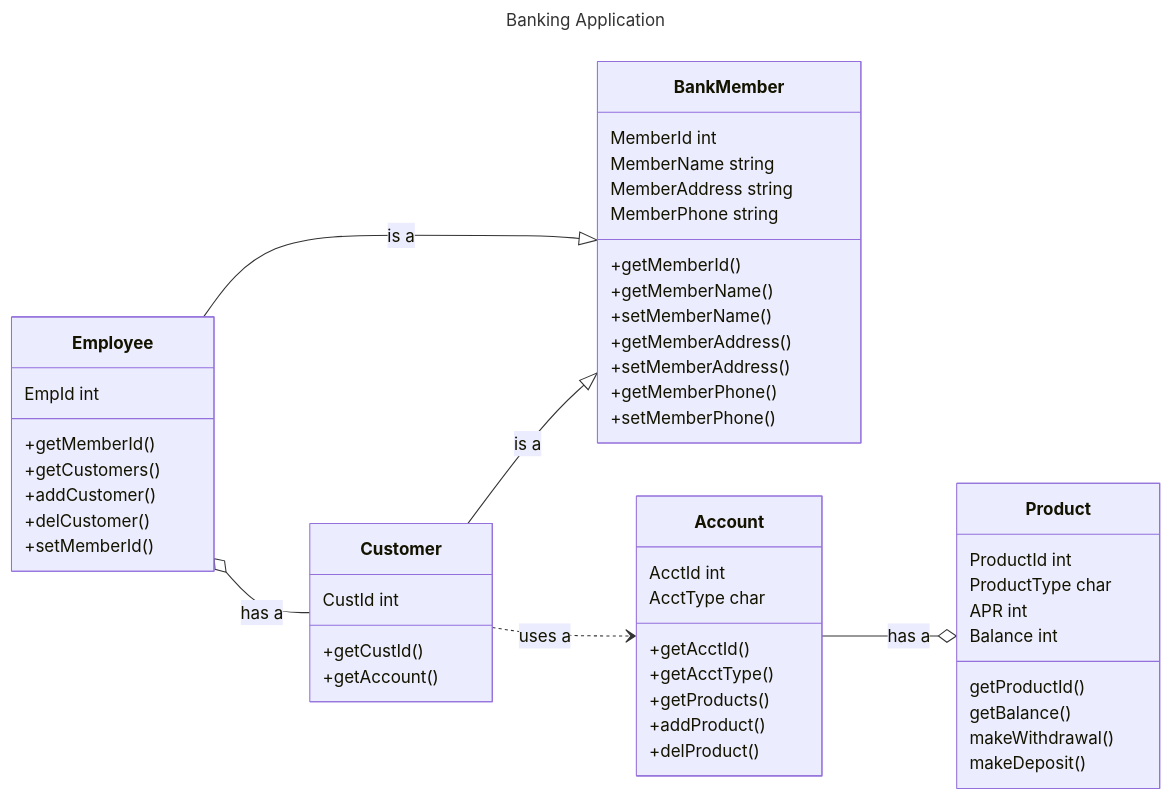
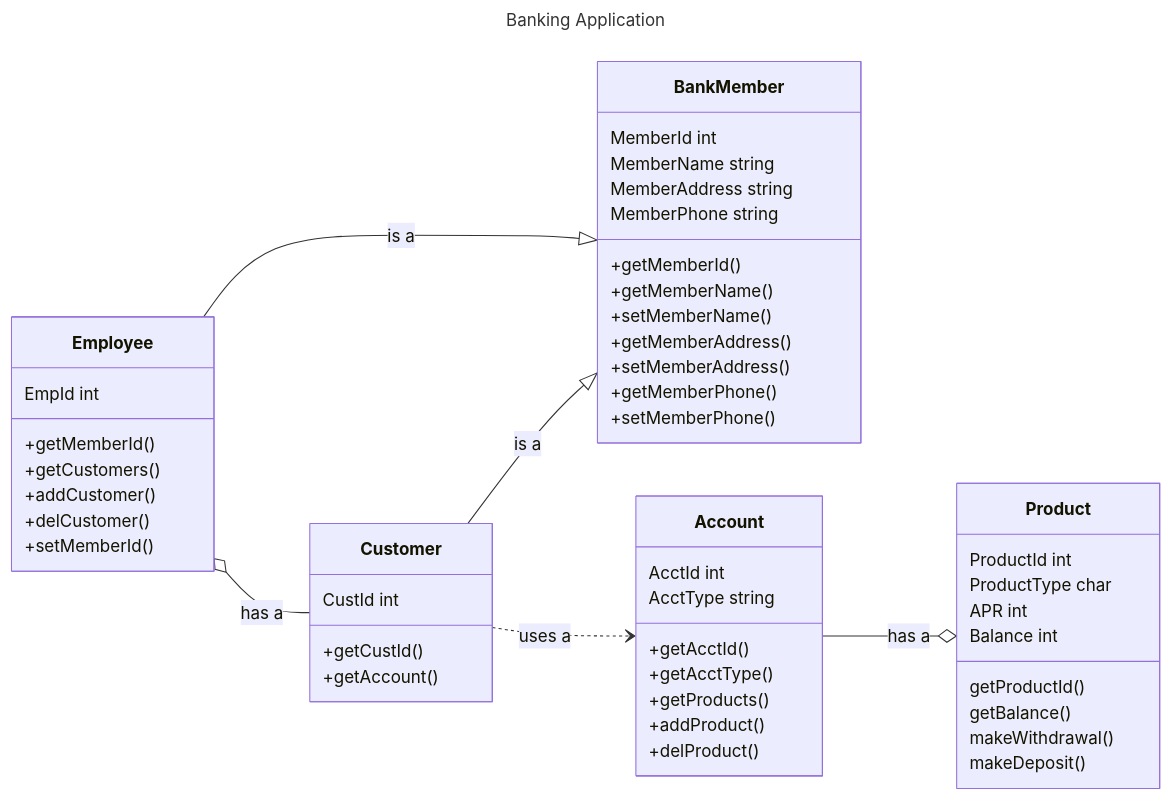
The diagram in mermaid.md (Marcus-Snell/Test), drawn with Mermaid before and after one commit.

````diff
--- a/mermaid.md
+++ b/mermaid.md
@@ -1,53 +1,53 @@
 ```mermaid
 ---
 title: Banking Application
 ---
 classDiagram
 direction LR
 BankMember
 BankMember : MemberId int
 BankMember : MemberName string
 BankMember : MemberAddress string
 BankMember : MemberPhone string
 BankMember : +getMemberId()
 BankMember : +getMemberName()
 BankMember : +setMemberName()
 BankMember : +getMemberAddress()
 BankMember : +setMemberAddress()
 BankMember : +getMemberPhone()
 BankMember : +setMemberPhone()
 
 Employee --|> BankMember : is a
 Employee o-- Customer : has a
 Employee : EmpId int
 Employee : +getMemberId()
 Employee : +getCustomers()
 Employee : +addCustomer()
 Employee : +delCustomer()
 Employee : +setMemberId()
 
 Customer --|> BankMember : is a
 Customer ..> Account : uses a
 Customer : CustId int
 Customer : +getCustId()
 Customer : +getAccount()
 
 Account --o Product : has a
 Account : AcctId int
-Account : AcctType char
+Account : AcctType string
 Account : +getAcctId()
 Account : +getAcctType()
 Account : +getProducts()
 Account : +addProduct()
 Account : +delProduct()
 
 Product : ProductId int
 Product : ProductType char
 Product : APR int
 Product : Balance int
 Product : getProductId()
 Product : getBalance()
 Product : makeWithdrawal()
 Product : makeDeposit()
 
 ```
````
